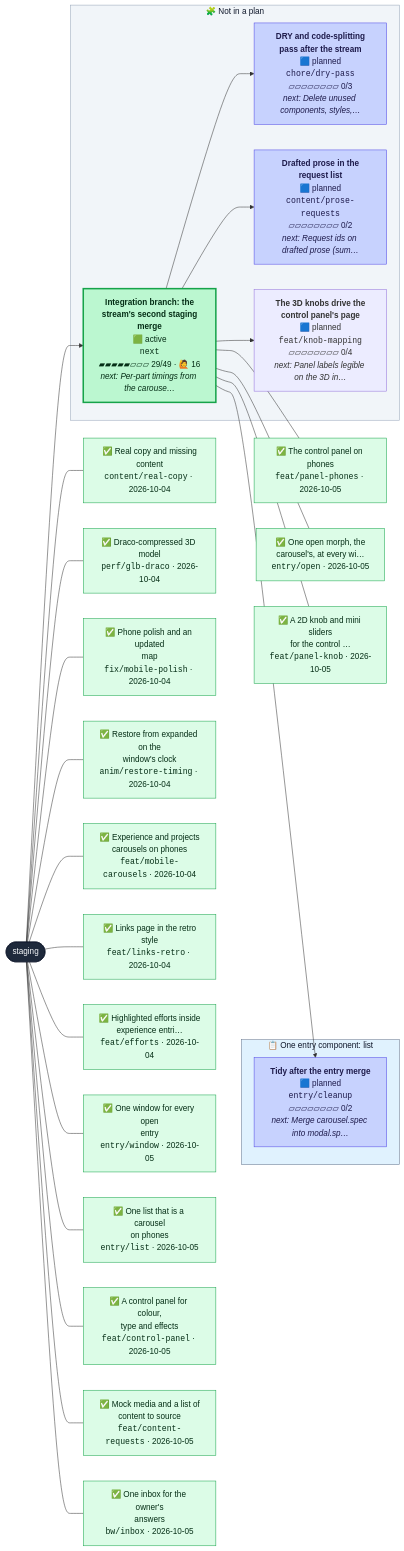
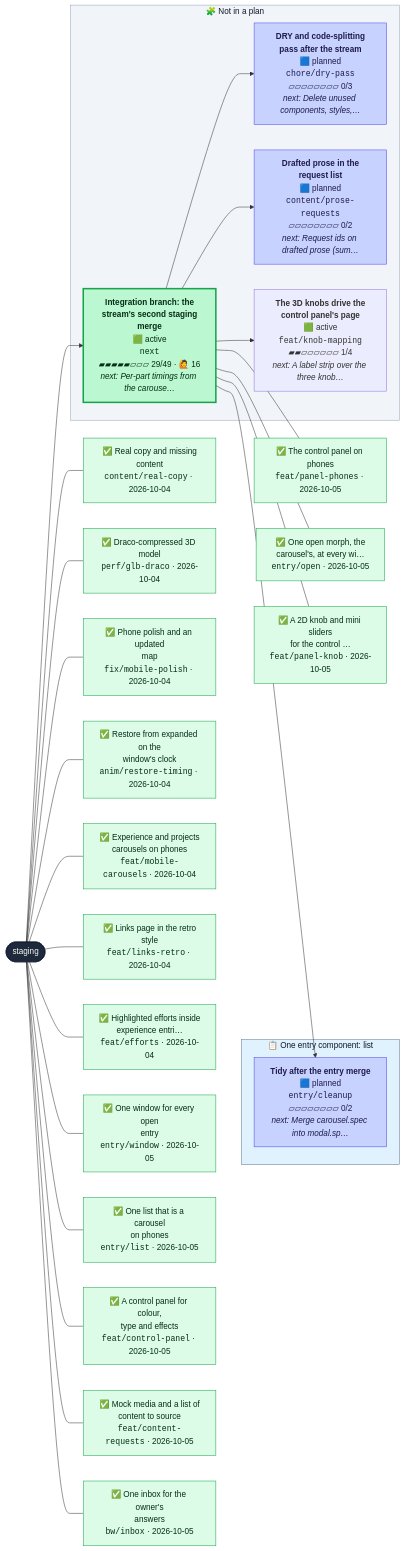
The second of 2 diagrams in CONTRIBUTING.md (henryjonescodes/portfolio), drawn with Mermaid before and after one commit. The commit also changed other lines of this file and 1 other file, not shown here.

````diff
--- a/CONTRIBUTING.md
+++ b/CONTRIBUTING.md
@@ -66,80 +75,80 @@
 ```mermaid
 flowchart LR
   n_staging([staging])
   class n_staging trunk
   subgraph plan_0["📋 One entry component: list"]
     n_entry_cleanup["<b>Tidy after the entry merge</b><br/>🟦 planned<br/><code>entry/cleanup</code><br/>▱▱▱▱▱▱▱▱ 0/2<br/><i>next: Merge carousel.spec into modal.sp…</i>"]
     class n_entry_cleanup planned
   end
   style plan_0 fill:#e0f2fe,stroke:#64748b,color:#0f172a
   subgraph loose["🧩 Not in a plan"]
     n_chore_dry_pass["<b>DRY and code-splitting<br/>pass after the stream</b><br/>🟦 planned<br/><code>chore/dry-pass</code><br/>▱▱▱▱▱▱▱▱ 0/3<br/><i>next: Delete unused components, styles,…</i>"]
     class n_chore_dry_pass planned
     n_content_prose_requests["<b>Drafted prose in the<br/>request list</b><br/>🟦 planned<br/><code>content/prose-requests</code><br/>▱▱▱▱▱▱▱▱ 0/2<br/><i>next: Request ids on drafted prose (sum…</i>"]
     class n_content_prose_requests planned
-    n_feat_knob_mapping["<b>The 3D knobs drive the<br/>control panel's page</b><br/>🟦 planned<br/><code>feat/knob-mapping</code><br/>▱▱▱▱▱▱▱▱ 0/4<br/><i>next: Panel labels legible on the 3D in…</i>"]
-    class n_feat_knob_mapping planned,current
+    n_feat_knob_mapping["<b>The 3D knobs drive the<br/>control panel's page</b><br/>🟩 active<br/><code>feat/knob-mapping</code><br/>▰▰▱▱▱▱▱▱ 1/4<br/><i>next: A label strip over the three knob…</i>"]
+    class n_feat_knob_mapping active,current
     n_next["<b>Integration branch: the<br/>stream's second staging<br/>merge</b><br/>🟩 active<br/><code>next</code><br/>▰▰▰▰▰▱▱▱ 29/49 · 🙋 16<br/><i>next: Per-part timings from the carouse…</i>"]
     class n_next active
   end
   style loose fill:#f1f5f9,stroke:#94a3b8,color:#0f172a
   n_next --> n_chore_dry_pass
   n_next --> n_content_prose_requests
   n_next --> n_entry_cleanup
   n_next --> n_feat_knob_mapping
   n_staging --> n_next
   landed_0["✅ Real copy and missing<br/>content<br/><code>content/real-copy</code> · 2026-10-04"]
   class landed_0 merged
   n_staging --- landed_0
   landed_1["✅ Draco-compressed 3D model<br/><code>perf/glb-draco</code> · 2026-10-04"]
   class landed_1 merged
   n_staging --- landed_1
   landed_2["✅ Phone polish and an updated<br/>map<br/><code>fix/mobile-polish</code> · 2026-10-04"]
   class landed_2 merged
   n_staging --- landed_2
   landed_3["✅ Restore from expanded on the<br/>window's clock<br/><code>anim/restore-timing</code> · 2026-10-04"]
   class landed_3 merged
   n_staging --- landed_3
   landed_4["✅ Experience and projects<br/>carousels on phones<br/><code>feat/mobile-carousels</code> · 2026-10-04"]
   class landed_4 merged
   n_staging --- landed_4
   landed_5["✅ Links page in the retro<br/>style<br/><code>feat/links-retro</code> · 2026-10-04"]
   class landed_5 merged
   n_staging --- landed_5
   landed_6["✅ Highlighted efforts inside<br/>experience entri…<br/><code>feat/efforts</code> · 2026-10-04"]
   class landed_6 merged
   n_staging --- landed_6
   landed_7["✅ One window for every open<br/>entry<br/><code>entry/window</code> · 2026-10-05"]
   class landed_7 merged
   n_staging --- landed_7
   landed_8["✅ One list that is a carousel<br/>on phones<br/><code>entry/list</code> · 2026-10-05"]
   class landed_8 merged
   n_staging --- landed_8
   landed_9["✅ A control panel for colour,<br/>type and effects<br/><code>feat/control-panel</code> · 2026-10-05"]
   class landed_9 merged
   n_staging --- landed_9
   landed_10["✅ Mock media and a list of<br/>content to source<br/><code>feat/content-requests</code> · 2026-10-05"]
   class landed_10 merged
   n_staging --- landed_10
   landed_11["✅ One inbox for the owner's<br/>answers<br/><code>bw/inbox</code> · 2026-10-05"]
   class landed_11 merged
   n_staging --- landed_11
   landed_12["✅ The control panel on phones<br/><code>feat/panel-phones</code> · 2026-10-05"]
   class landed_12 merged
   n_next --- landed_12
   landed_13["✅ One open morph, the<br/>carousel's, at every wi…<br/><code>entry/open</code> · 2026-10-05"]
   class landed_13 merged
   n_next --- landed_13
   landed_14["✅ A 2D knob and mini sliders<br/>for the control …<br/><code>feat/panel-knob</code> · 2026-10-05"]
   class landed_14 merged
   n_next --- landed_14
   classDef merged fill:#dcfce7,stroke:#16a34a,color:#052e16
   classDef todo fill:#ffffff,stroke:#94a3b8,stroke-dasharray:2 2,color:#334155
   classDef planned fill:#c7d2fe,stroke:#4f46e5,color:#1e1b4b
   classDef sketched fill:#f8fafc,stroke:#64748b,stroke-dasharray:4 3,color:#334155
   classDef active fill:#bbf7d0,stroke:#16a34a,stroke-width:3px,color:#052e16
   classDef review fill:#fde68a,stroke:#d97706,stroke-width:3px,color:#451a03
   classDef blocked fill:#fecaca,stroke:#dc2626,stroke-width:3px,color:#450a0a
   classDef trunk fill:#1e293b,stroke:#0f172a,color:#f8fafc
   classDef current stroke:#0ea5e9,stroke-width:5px
 ```
````
